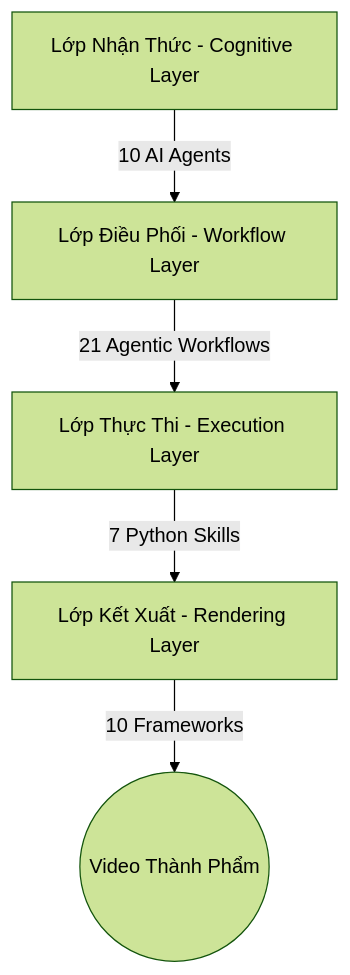
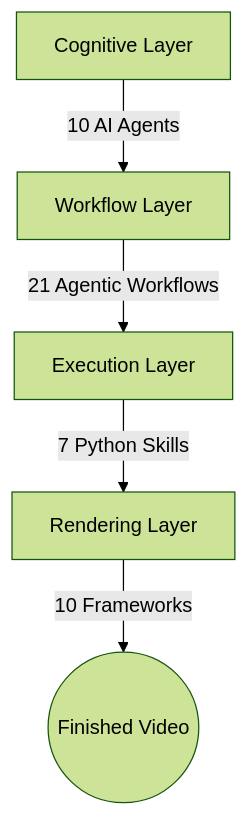
Before and after one commit to LongLeo287/SEOSONA-Video-AI: the diagram in docs/01_SYSTEM_OVERVIEW.md, drawn with Mermaid (forest theme). The commit also changed other lines of this file and 901 other files, not shown here.

````diff
--- a/docs/01_SYSTEM_OVERVIEW.md
+++ b/docs/01_SYSTEM_OVERVIEW.md
@@ -14,7 +14,7 @@
 ```mermaid
 graph TD
-    A[Lớp Nhận Thức - Cognitive Layer] -->|10 AI Agents| B[Lớp Điều Phối - Workflow Layer]
-    B -->|21 Agentic Workflows| C[Lớp Thực Thi - Execution Layer]
-    C -->|7 Python Skills| D[Lớp Kết Xuất - Rendering Layer]
-    D -->|10 Frameworks| E((Video Thành Phẩm))
+    A[Cognitive Layer] -->|10 AI Agents| B[Workflow Layer]
+    B -->|21 Agentic Workflows| C[Execution Layer]
+    C -->|7 Python Skills| D[Rendering Layer]
+    D -->|10 Frameworks| E((Finished Video))
 ```
````
